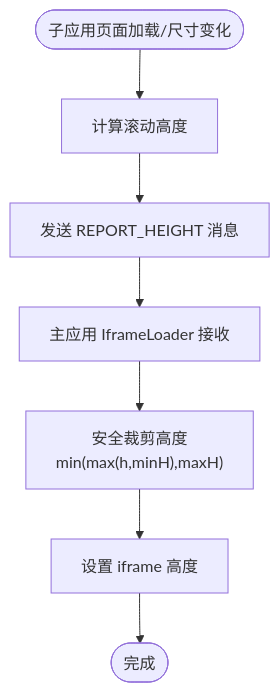
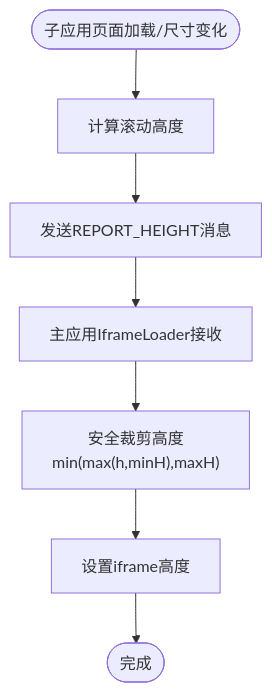
One commit to my-Sitara/artisan-base-frontend changed the fourth of 8 diagrams in .qoder/repowiki/zh/content/高级主题/iframe 跨域治理.md. Above: the diagram before and after it, drawn with Mermaid. The commit also changed other lines of this file and 25 other files, not shown here.

````diff
--- a/.qoder/repowiki/zh/content/高级主题/iframe 跨域治理.md
+++ b/.qoder/repowiki/zh/content/高级主题/iframe 跨域治理.md
@@ -224,9 +235,9 @@
 ```mermaid
 flowchart TD
 Start(["子应用页面加载/尺寸变化"]) --> Calc["计算滚动高度"]
-Calc --> SendMsg["发送 REPORT_HEIGHT 消息"]
-SendMsg --> MainRecv["主应用 IframeLoader 接收"]
+Calc --> SendMsg["发送REPORT_HEIGHT消息"]
+SendMsg --> MainRecv["主应用IframeLoader接收"]
 MainRecv --> Clamp["安全裁剪高度<br/>min(max(h,minH),maxH)"]
-Clamp --> Apply["设置 iframe 高度"]
+Clamp --> Apply["设置iframe高度"]
 Apply --> End(["完成"])
 ```
````
